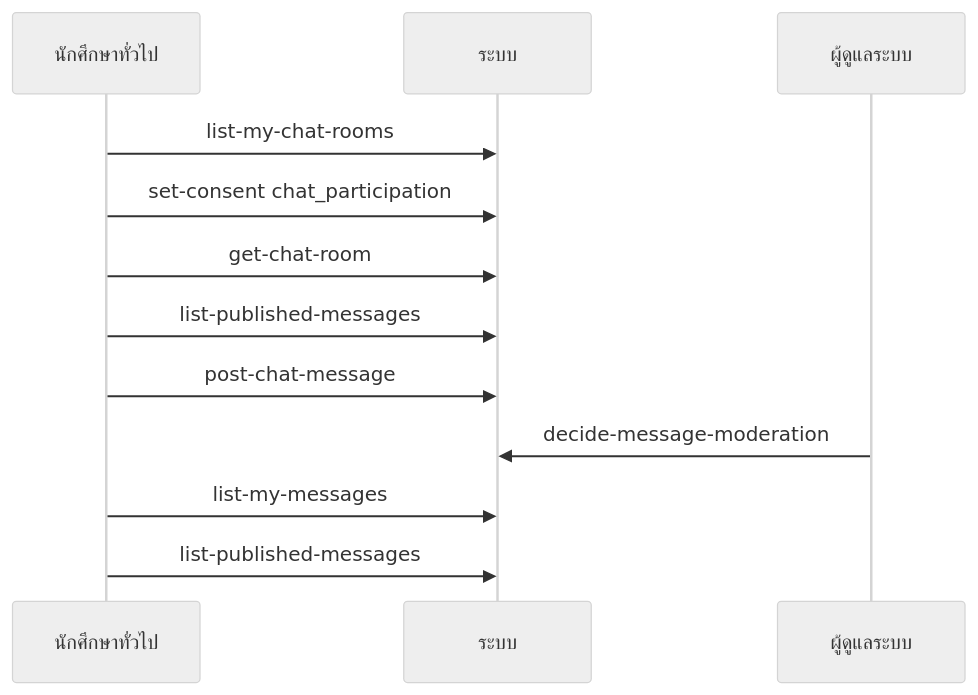
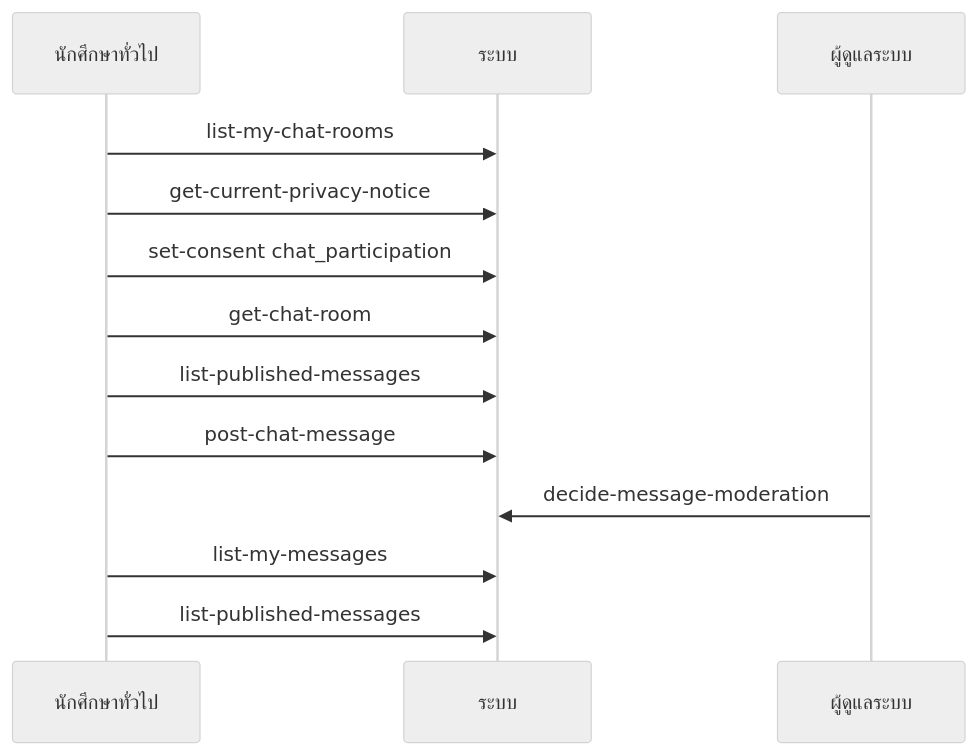
The fifth of 10 diagrams in docs/02-design/02-technical/api-spec.md (PAKOSORUS/Grade-Runway-PROJECT), drawn with Mermaid (neutral theme) before and after one commit. The commit also changed other lines of this file and 2 other files, not shown here.

````diff
--- a/docs/02-design/02-technical/api-spec.md
+++ b/docs/02-design/02-technical/api-spec.md
@@ -768,14 +838,15 @@
 ```mermaid
 sequenceDiagram
     participant Stu as นักศึกษาทั่วไป
     participant Sys as ระบบ
     participant Adm as ผู้ดูแลระบบ
     Stu->>Sys: list-my-chat-rooms
+    Stu->>Sys: get-current-privacy-notice
     Stu->>Sys: set-consent chat_participation
     Stu->>Sys: get-chat-room
     Stu->>Sys: list-published-messages
     Stu->>Sys: post-chat-message
     Adm->>Sys: decide-message-moderation
     Stu->>Sys: list-my-messages
     Stu->>Sys: list-published-messages
 ```
````
